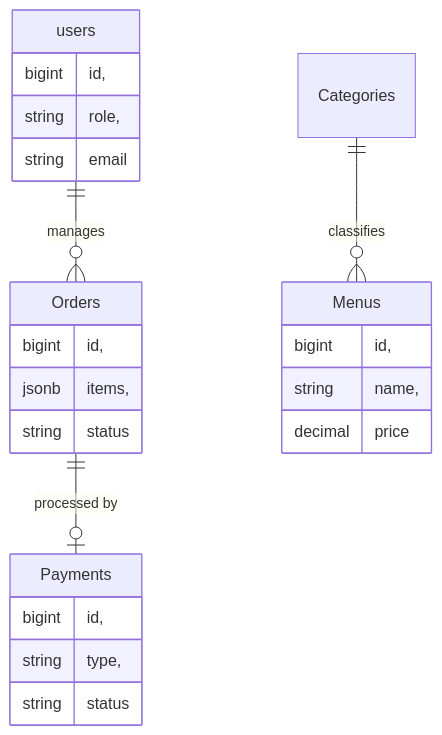
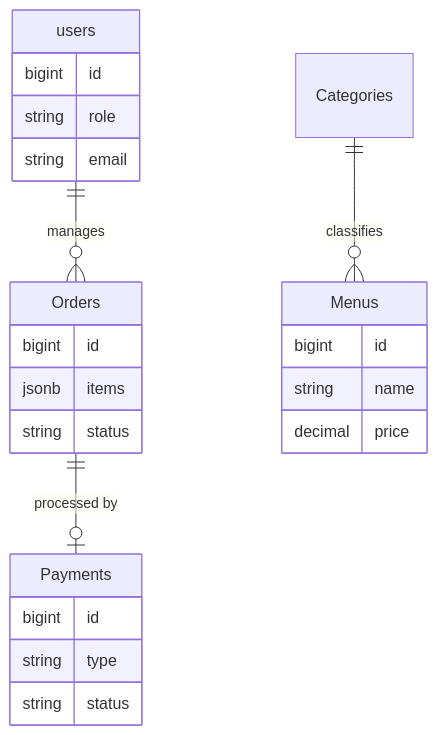
The fifth of 6 diagrams in LAPORAN_PRAKTIKUM_RPL.md (owel17/backend_restaurant), drawn with Mermaid before and after one commit. The commit also changed other lines of this file, not shown here.

Commit message:
Docs: Fix Mermaid ERD syntax, add diagram texts, and use inline images

````diff
--- a/LAPORAN_PRAKTIKUM_RPL.md
+++ b/LAPORAN_PRAKTIKUM_RPL.md
@@ -254,11 +262,27 @@
 ```mermaid
 erDiagram
     users ||--o{ Orders : "manages"
     Orders ||--o| Payments : "processed by"
     Categories ||--o{ Menus : "classifies"
     
-    users { bigint id, string role, string email }
-    Orders { bigint id, jsonb items, string status }
-    Menus { bigint id, string name, decimal price }
-    Payments { bigint id, string type, string status }
+    users { 
+        bigint id 
+        string role 
+        string email 
+    }
+    Orders { 
+        bigint id 
+        jsonb items 
+        string status 
+    }
+    Menus { 
+        bigint id 
+        string name 
+        decimal price 
+    }
+    Payments { 
+        bigint id 
+        string type 
+        string status 
+    }
 ```
````
